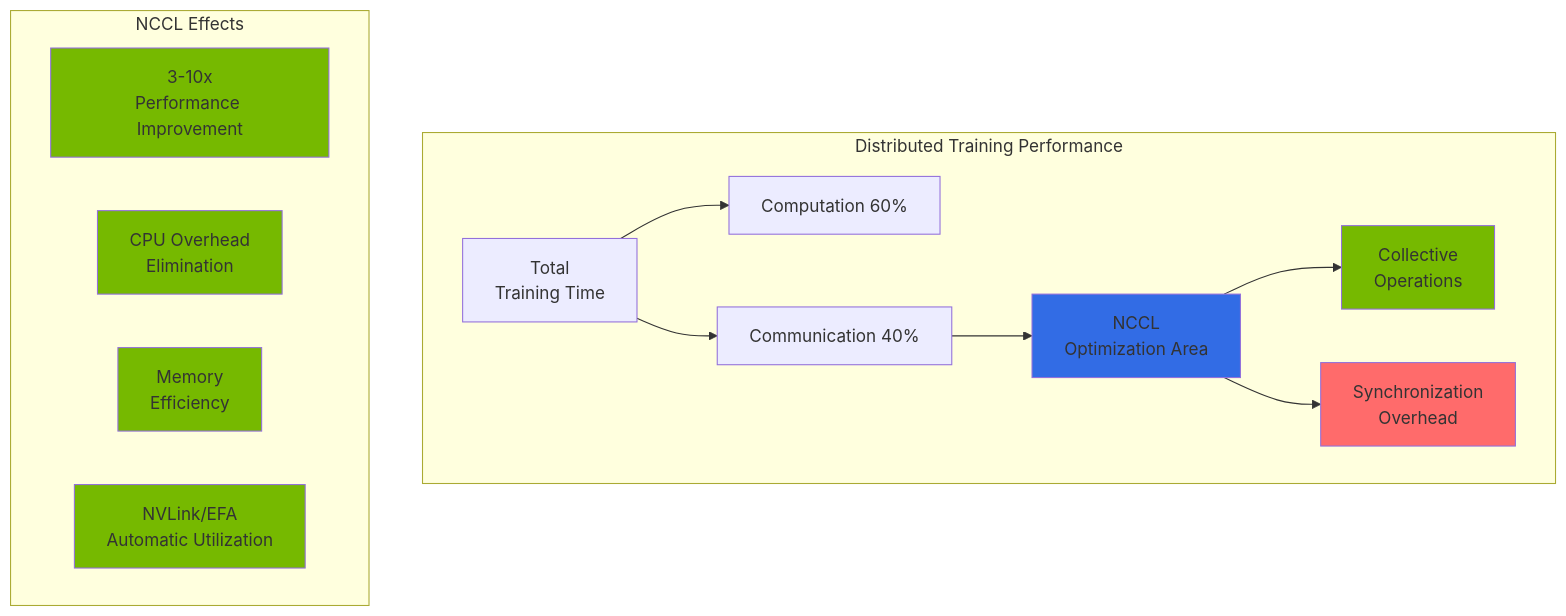
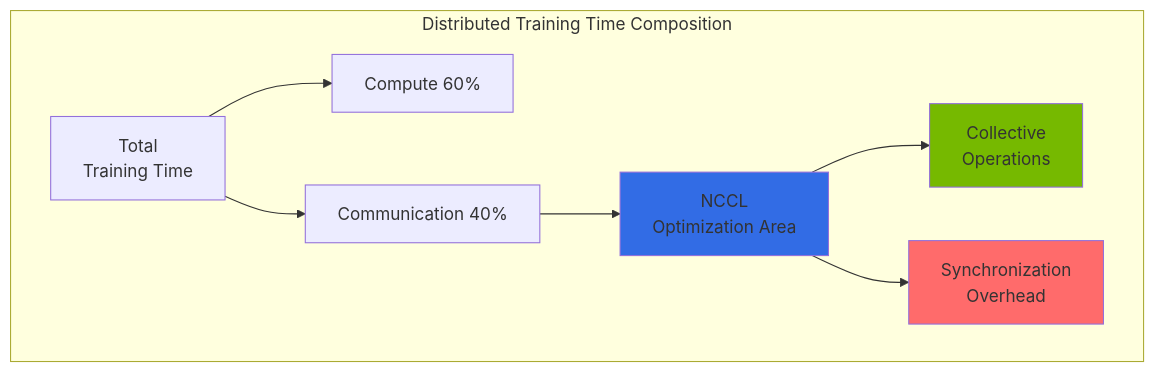
The fifth of 6 diagrams in i18n/en/docusaurus-plugin-content-docs/current/agentic-ai-platform/model-serving/nemo-framework.md (devfloor9/engineering-playbook), drawn with Mermaid before and after one commit. The commit also changed other lines of this file and 95 other files, not shown here.

````diff
--- a/i18n/en/docusaurus-plugin-content-docs/current/agentic-ai-platform/model-serving/nemo-framework.md
+++ b/i18n/en/docusaurus-plugin-content-docs/current/agentic-ai-platform/model-serving/nemo-framework.md
@@ -644,31 +370,19 @@
 ```mermaid
 flowchart TB
-    subgraph Perf["Distributed Training Performance"]
-        A[Total<br/>Training Time]
-        B[Computation 60%]
-        C[Communication 40%]
+    subgraph Perf["Distributed Training Time Composition"]
+        Total[Total<br/>Training Time]
+        Compute[Compute 60%]
+        Comm[Communication 40%]
 
-        A --> B
-        A --> C
+        Total --> Compute
+        Total --> Comm
 
-        C --> D[NCCL<br/>Optimization Area]
-        D --> E[Collective<br/>Operations]
-        D --> F[Synchronization<br/>Overhead]
+        Comm --> NCCL[NCCL<br/>Optimization Area]
+        NCCL --> Collective[Collective<br/>Operations]
+        NCCL --> Sync[Synchronization<br/>Overhead]
 
-        style D fill:#326ce5
-        style E fill:#76b900
-        style F fill:#ff6b6b
-    end
-
-    subgraph Benefits["NCCL Effects"]
-        H[3-10x<br/>Performance Improvement]
-        I[CPU Overhead<br/>Elimination]
-        J[Memory<br/>Efficiency]
-        K[NVLink/EFA<br/>Automatic Utilization]
-
-        style H fill:#76b900
-        style I fill:#76b900
-        style J fill:#76b900
-        style K fill:#76b900
+        style NCCL fill:#326ce5
+        style Collective fill:#76b900
+        style Sync fill:#ff6b6b
     end
 ```
````
